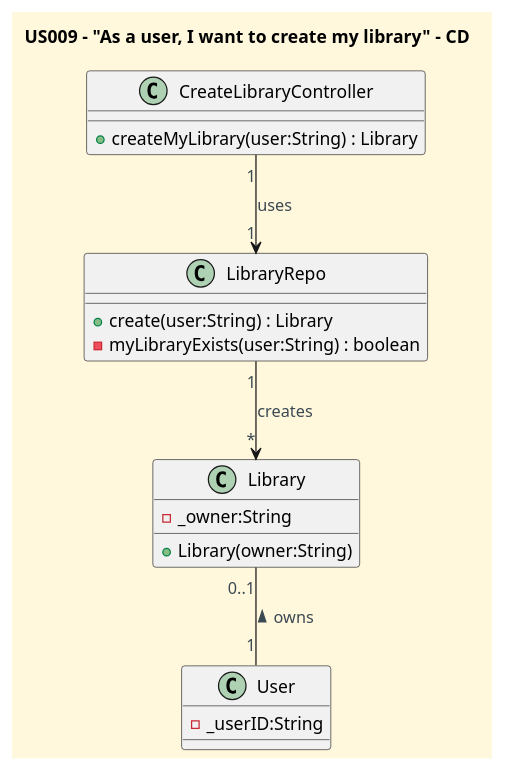
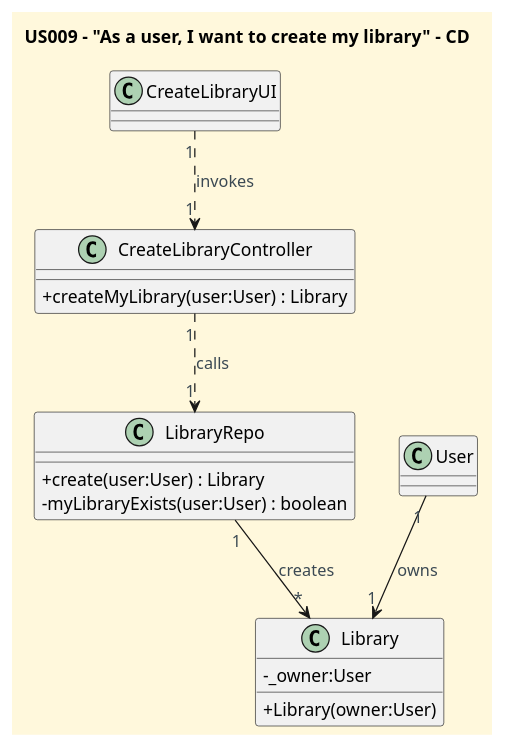
One commit to CarolinaLeite-collab/JavaMarketplacePlatform changed the diagram in docs/userStories/US009/US009_create_my_library_CD.puml. Above: the diagram before and after it, drawn with PlantUML. The commit also changed 1 other file, not shown here.

```diff
--- a/docs/userStories/US009/US009_create_my_library_CD.puml
+++ b/docs/userStories/US009/US009_create_my_library_CD.puml
@@ -1,39 +1,43 @@
 @startuml
 'https://plantuml.com/class-diagram
 title US009 – "As a user, I want to create my library" - CD
-
 
 '==== basic style ====
 skinparam monochrome false
 skinparam shadowing false
 skinparam defaultFontName Futura
 skinparam objectFontSize 20
 skinparam backgroundColor CornSilk
 skinparam objectBackgroundColor WhiteSmoke
 skinparam noteBackgroundColor #FFFFE0
 skinparam ArrowFontColor #3B4953
 skinparam ActivationBackgroundColor black
+skinparam classAttributeIconSize 0
+
+class CreateLibraryUI {
+}
 
 class CreateLibraryController {
-  + createMyLibrary(user:String) : Library
+
+  + createMyLibrary(user:User) : Library
 }
 
 class LibraryRepo {
-  + create(user:String) : Library
-  - myLibraryExists(user:String) : boolean
+  + create(user:User) : Library
+  - myLibraryExists(user:User) : boolean
 }
 
 class Library {
-  - _owner:String
-  + Library(owner:String)
+  - _owner:User
+  + Library(owner:User)
 }
 
 class User {
-  - _userID:String
 }
 
-CreateLibraryController "1" --> "1" LibraryRepo : uses
+CreateLibraryUI "1" ..> "1" CreateLibraryController : invokes
+CreateLibraryController "1" ..> "1" LibraryRepo : calls
 LibraryRepo "1" --> "*" Library : creates
-Library "0..1" -- "1" User : owns <
+User "1" --> "1" Library: owns
 
 @enduml
```
